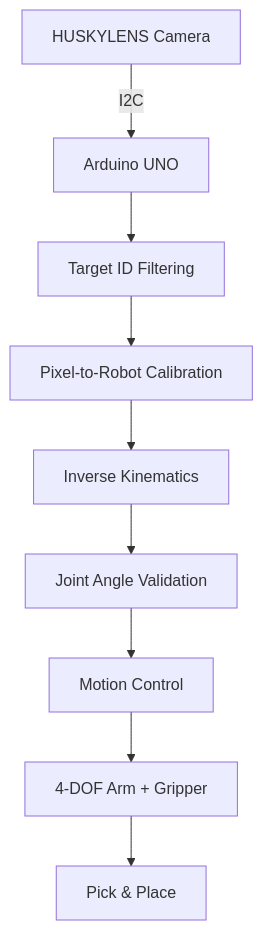
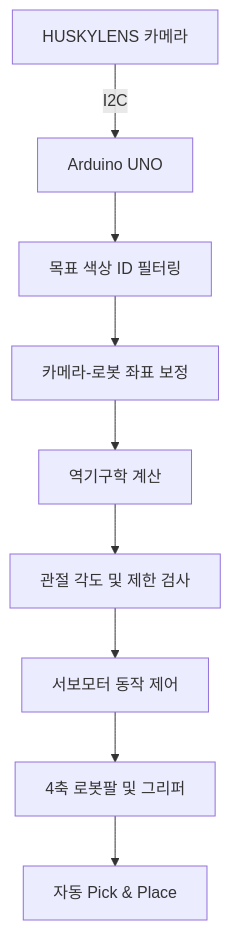
One commit to junhyeong1211/visionpick-arm changed the diagram in README.md. Above: the diagram before and after it, drawn with Mermaid. The commit also changed other lines of this file, not shown here.

````diff
--- a/README.md
+++ b/README.md
@@ -41,11 +60,11 @@
 ```mermaid
 flowchart TD
-    A["HUSKYLENS Camera"] -->|"I2C"| B["Arduino UNO"]
-    B --> C["Target ID Filtering"]
-    C --> D["Pixel-to-Robot Calibration"]
-    D --> E["Inverse Kinematics"]
-    E --> F["Joint Angle Validation"]
-    F --> G["Motion Control"]
-    G --> H["4-DOF Arm + Gripper"]
-    H --> I["Pick & Place"]
+    A[HUSKYLENS 카메라] -->|I2C| B[Arduino UNO]
+    B --> C[목표 색상 ID 필터링]
+    C --> D[카메라-로봇 좌표 보정]
+    D --> E[역기구학 계산]
+    E --> F[관절 각도 및 제한 검사]
+    F --> G[서보모터 동작 제어]
+    G --> H[4축 로봇팔 및 그리퍼]
+    H --> I[자동 Pick & Place]
 ```
````
